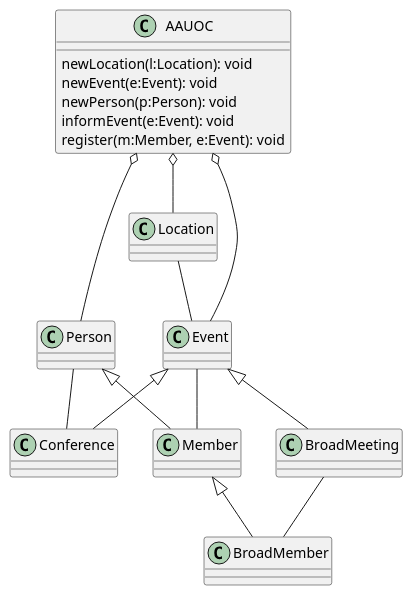
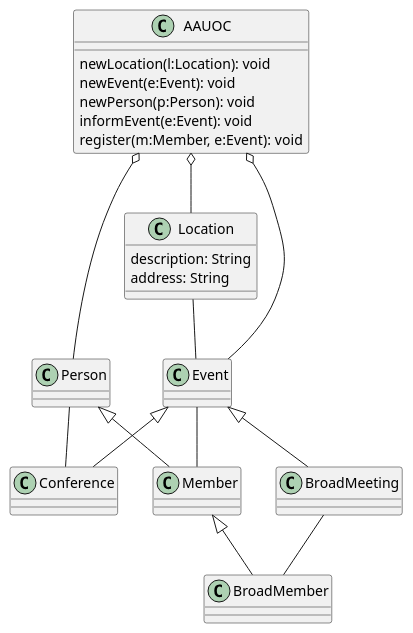
The diagram in P11_Diagrama_UML.puml (sandrasd89/UMLClasesSandra), drawn with PlantUML before and after one commit.

Commit message:
se han añadido los atributos a location

```diff
--- a/P11_Diagrama_UML.puml
+++ b/P11_Diagrama_UML.puml
@@ -1,48 +1,50 @@
 @startuml
 
 class AAUOC {
     newLocation(l:Location): void
     newEvent(e:Event): void
     newPerson(p:Person): void
     informEvent(e:Event): void
     register(m:Member, e:Event): void
 
 }
 class Location {
+    description: String
+    address: String
 
 }
 class Event{
 
 }
 class Conference {
 
 }
 class BroadMeeting{
 }
 
 class Person {
 
 }
 class Member{
 
 }
 
 class BroadMember {
 
 }
 
 AAUOC o-- Event
 AAUOC o-- Location
 AAUOC o-- Person
 Location -- Event
 Event <|-- Conference
 Event <|-- BroadMeeting
 Person <|-- Member
 Member <|-- BroadMember
 Event -- Member
 Person -- Conference
 BroadMeeting -- BroadMember
 
 
 
 @enduml
```
